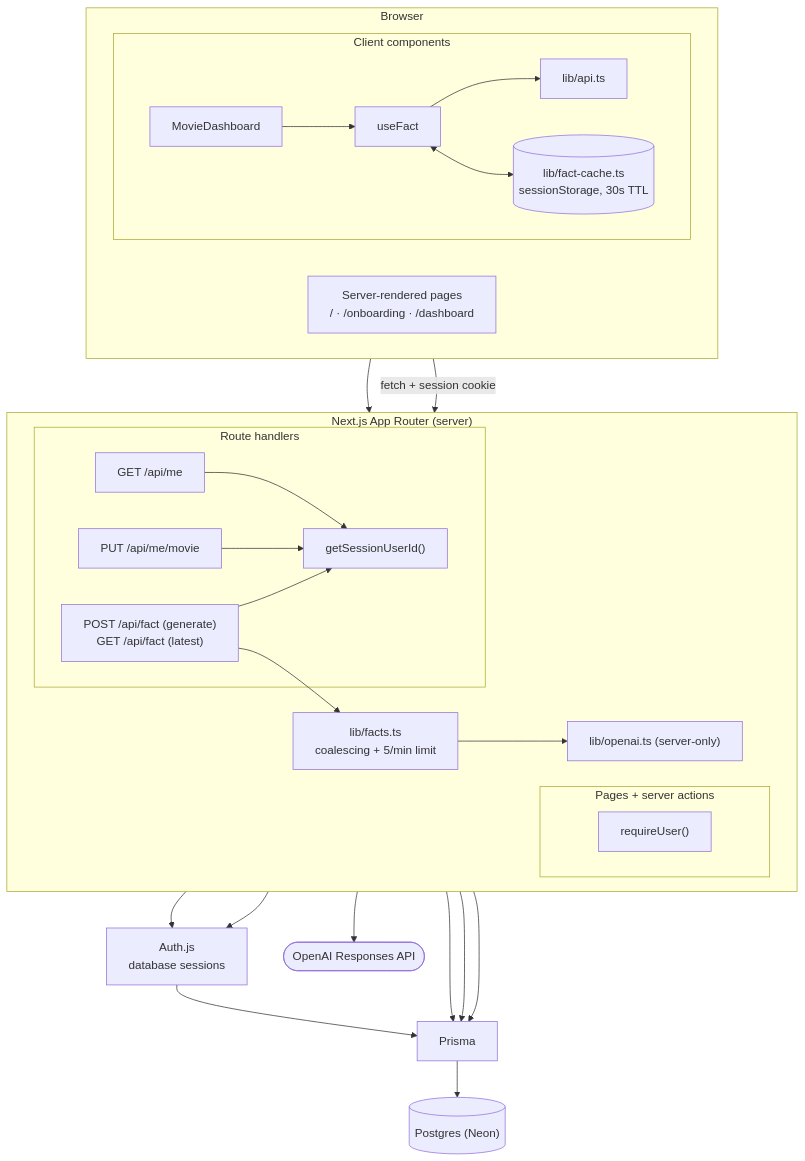
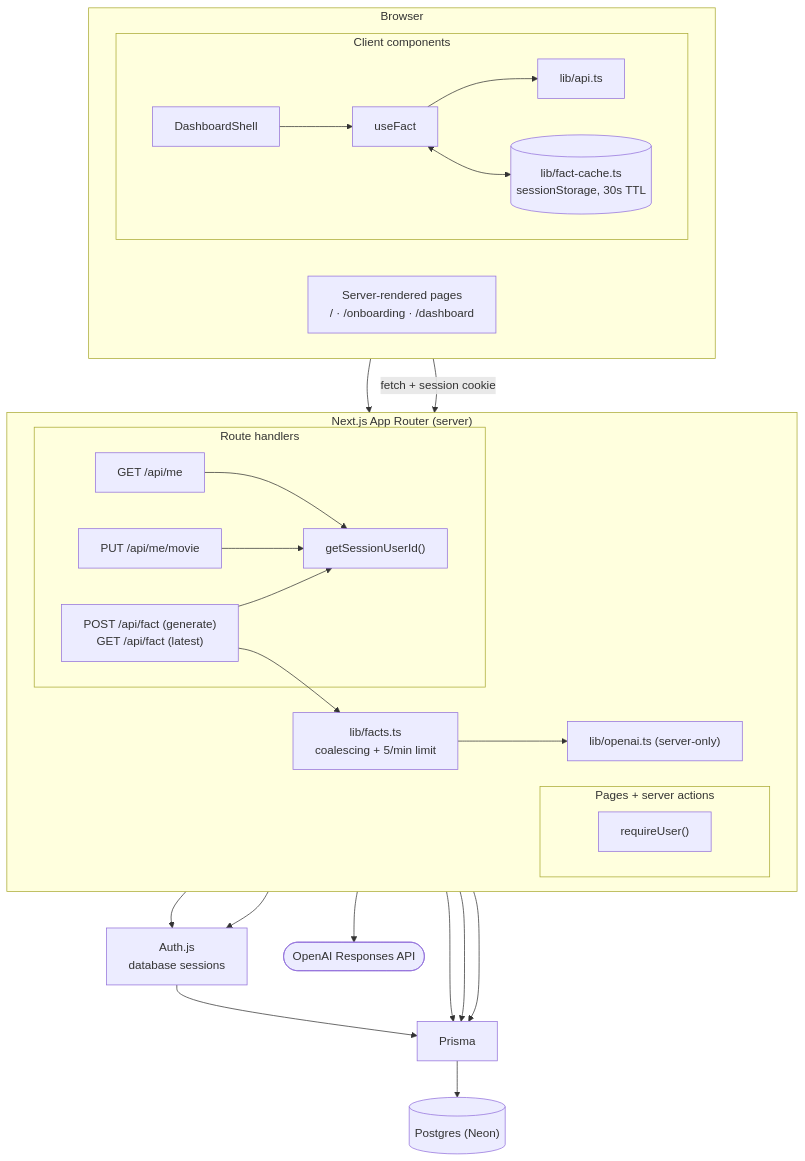
The diagram in docs/architecture.mmd (PrincessBlossom/movie-memory), drawn with Mermaid before and after one commit. The commit also changed 30 other files, not shown here.

```diff
--- a/docs/architecture.mmd
+++ b/docs/architecture.mmd
@@ -1,42 +1,42 @@
 flowchart TB
   subgraph Browser
     direction LR
     Pages["Server-rendered pages<br/>/ · /onboarding · /dashboard"]
     subgraph Client["Client components"]
       direction LR
-      Dashboard[MovieDashboard] --> UseFact[useFact] --> ApiClient[lib/api.ts]
+      Dashboard[DashboardShell] --> UseFact[useFact] --> ApiClient[lib/api.ts]
       UseFact <--> Cache[("lib/fact-cache.ts<br/>sessionStorage, 30s TTL")]
     end
   end
 
   subgraph Next["Next.js App Router (server)"]
     direction LR
     subgraph Server["Pages + server actions"]
       RequireUser["requireUser()"]
     end
     subgraph Routes["Route handlers"]
       Me["GET /api/me"]
       Movie["PUT /api/me/movie"]
       FactRoute["POST /api/fact (generate)<br/>GET /api/fact (latest)"]
       SessionId["getSessionUserId()"]
     end
     Facts["lib/facts.ts<br/>coalescing + 5/min limit"]
     OpenAILib["lib/openai.ts (server-only)"]
   end
 
   AuthJs["Auth.js<br/>database sessions"]
   Prisma[Prisma]
   DB[("Postgres (Neon)")]
   OpenAI(["OpenAI Responses API"])
 
   Pages --> RequireUser
   ApiClient -- "fetch + session cookie" --> Routes
   Me & Movie & FactRoute --> SessionId
   RequireUser --> AuthJs
   SessionId --> AuthJs
   AuthJs --> Prisma
   Me & Movie --> Prisma
   FactRoute --> Facts
   Facts --> Prisma
   Facts --> OpenAILib --> OpenAI
   Prisma --> DB
```
